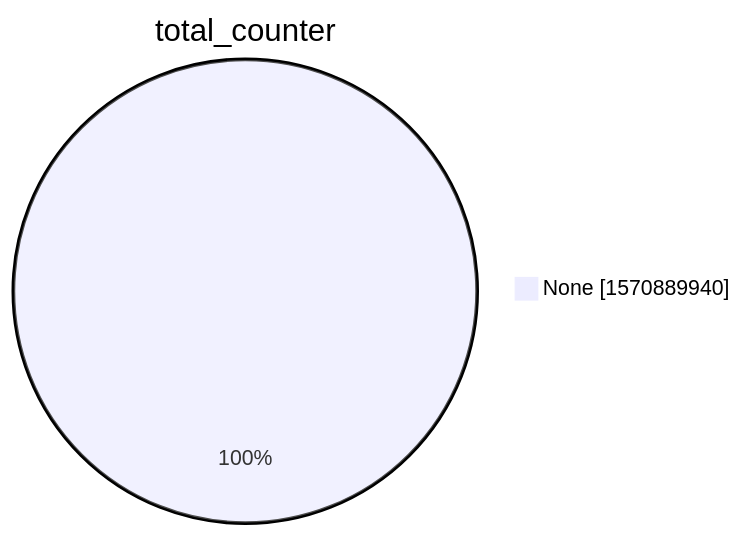
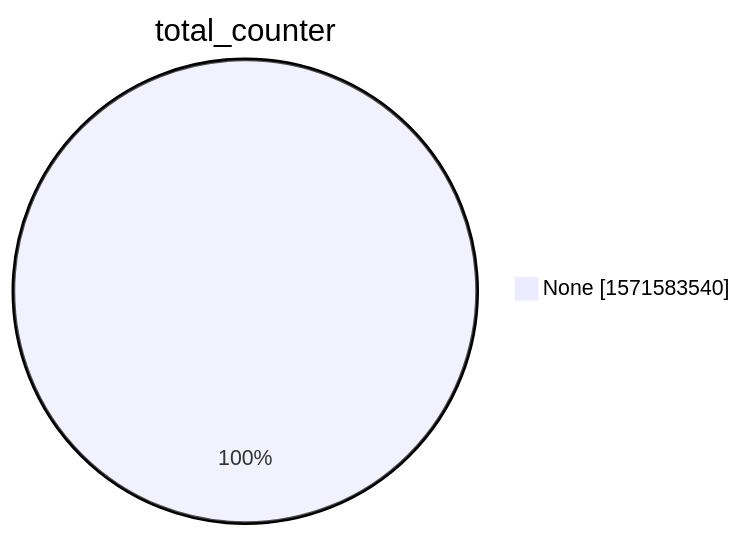
One commit to christiankrug/ctmonitor_visualization changed the second of 15 diagrams in xenon2022/README.md. Above: the diagram before and after it, drawn with Mermaid. The commit also changed other lines of this file, not shown here.

````diff
--- a/xenon2022/README.md
+++ b/xenon2022/README.md
@@ -9,5 +9,5 @@
 ```mermaid
 pie showData
 title total_counter
-"None" :1570889940
+"None" :1571583540
 ```
````
